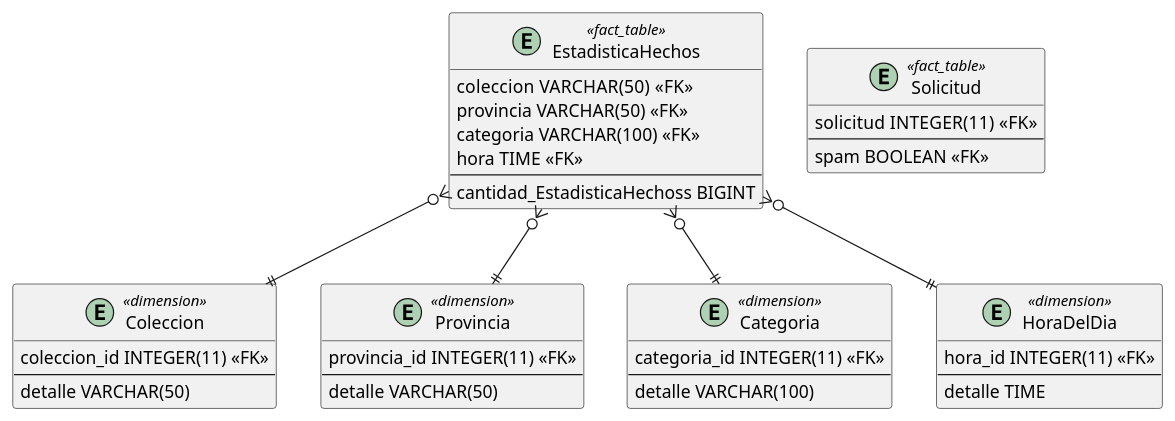
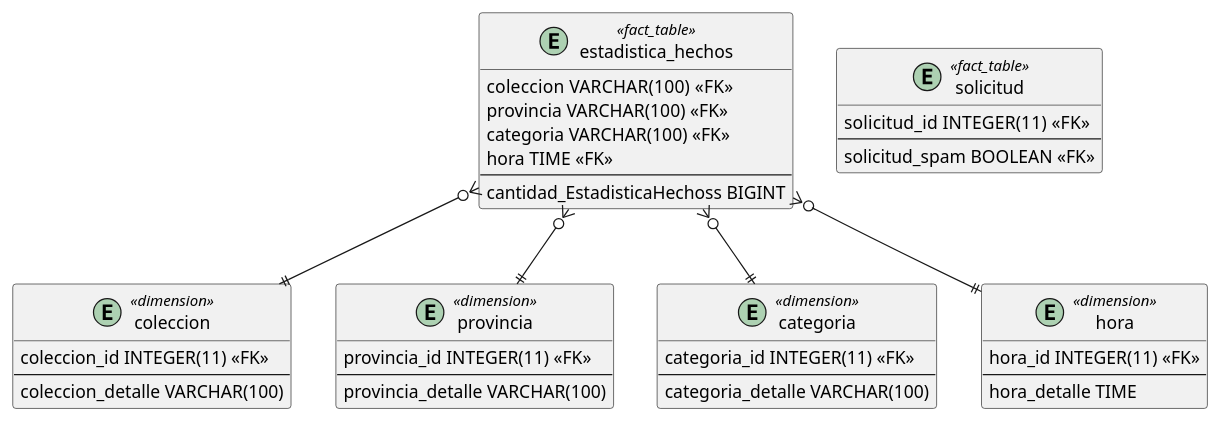
Before and after one commit to BrunoRodriguezzz/tp-dsi: the diagram in servicioEstadisticas/public/DER_BI.puml, drawn with PlantUML. The commit also changed 7 other files, not shown here.

```diff
--- a/servicioEstadisticas/public/DER_BI.puml
+++ b/servicioEstadisticas/public/DER_BI.puml
@@ -1,49 +1,49 @@
 @startuml
 
-entity EstadisticaHechos <<fact_table>> {
-    coleccion VARCHAR(50)  <<FK>>
-    provincia VARCHAR(50) <<FK>>
+entity estadistica_hechos <<fact_table>> {
+    coleccion VARCHAR(100)  <<FK>>
+    provincia VARCHAR(100) <<FK>>
     categoria VARCHAR(100) <<FK>>
     hora TIME <<FK>>
     --
     cantidad_EstadisticaHechoss BIGINT
 }
 
-entity Coleccion <<dimension>> {
+entity coleccion <<dimension>> {
     coleccion_id INTEGER(11) <<FK>>
     --
-    detalle VARCHAR(50)
+    coleccion_detalle VARCHAR(100)
 }
 
-entity Provincia <<dimension>> {
+entity provincia <<dimension>> {
     provincia_id INTEGER(11) <<FK>>
     --
-    detalle VARCHAR(50)
+    provincia_detalle VARCHAR(100)
 }
 
-entity Categoria <<dimension>> {
+entity categoria <<dimension>> {
     categoria_id INTEGER(11) <<FK>>
     --
-    detalle VARCHAR(100)
+    categoria_detalle VARCHAR(100)
 }
 
-entity HoraDelDia <<dimension>> {
+entity hora <<dimension>> {
     hora_id INTEGER(11) <<FK>>
     --
-    detalle TIME
+    hora_detalle TIME
 }
 
-entity Solicitud<<fact_table>> {
-    solicitud INTEGER(11)  <<FK>>
+entity solicitud<<fact_table>> {
+    solicitud_id INTEGER(11)  <<FK>>
     --
-    spam BOOLEAN <<FK>>
+    solicitud_spam BOOLEAN <<FK>>
 }
 
-EstadisticaHechos }o--|| Coleccion
-EstadisticaHechos }o--|| Provincia
-EstadisticaHechos }o--|| Categoria
-EstadisticaHechos }o--|| HoraDelDia
+estadistica_hechos }o--|| coleccion
+estadistica_hechos }o--|| provincia
+estadistica_hechos }o--|| categoria
+estadistica_hechos }o--|| hora
 
 
 
 @enduml
```
